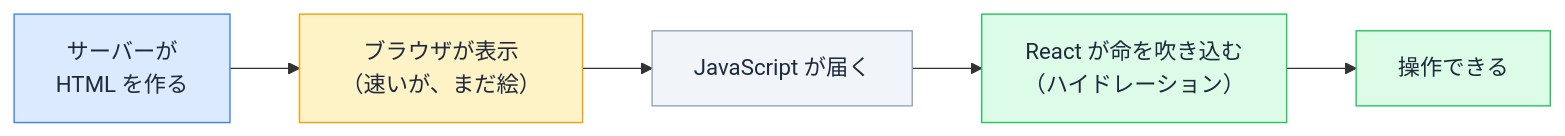
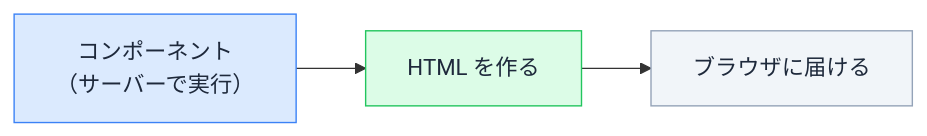
One commit to ozaki25/web-front-training-ozaki25 changed the first of 2 diagrams in docs/drafts/013/index.md. Above: the diagram before and after it, drawn with Mermaid. The commit also changed other lines of this file and 2 other files, not shown here.

````diff
--- a/docs/drafts/013/index.md
+++ b/docs/drafts/013/index.md
@@ -55,12 +26,7 @@
 ```mermaid
 flowchart LR
-  A["サーバーが<br>HTML を作る"] --> B["ブラウザが表示<br>（速いが、まだ絵）"]
-  B --> C["JavaScript が届く"]
-  C --> D["React が命を吹き込む<br>（ハイドレーション）"]
-  D --> E["操作できる"]
-  style A fill:#dbeafe,color:#1e293b,stroke:#3b82f6
-  style B fill:#fef3c7,color:#1e293b,stroke:#f59e0b
-  style C fill:#f1f5f9,color:#1e293b,stroke:#94a3b8
-  style D fill:#dcfce7,color:#1e293b,stroke:#22c55e
-  style E fill:#dcfce7,color:#1e293b,stroke:#22c55e
+  C["コンポーネント<br>（サーバーで実行）"] --> H["HTML を作る"] --> B["ブラウザに届ける"]
+  style C fill:#dbeafe,color:#1e293b,stroke:#3b82f6
+  style H fill:#dcfce7,color:#1e293b,stroke:#22c55e
+  style B fill:#f1f5f9,color:#1e293b,stroke:#94a3b8
 ```
````
